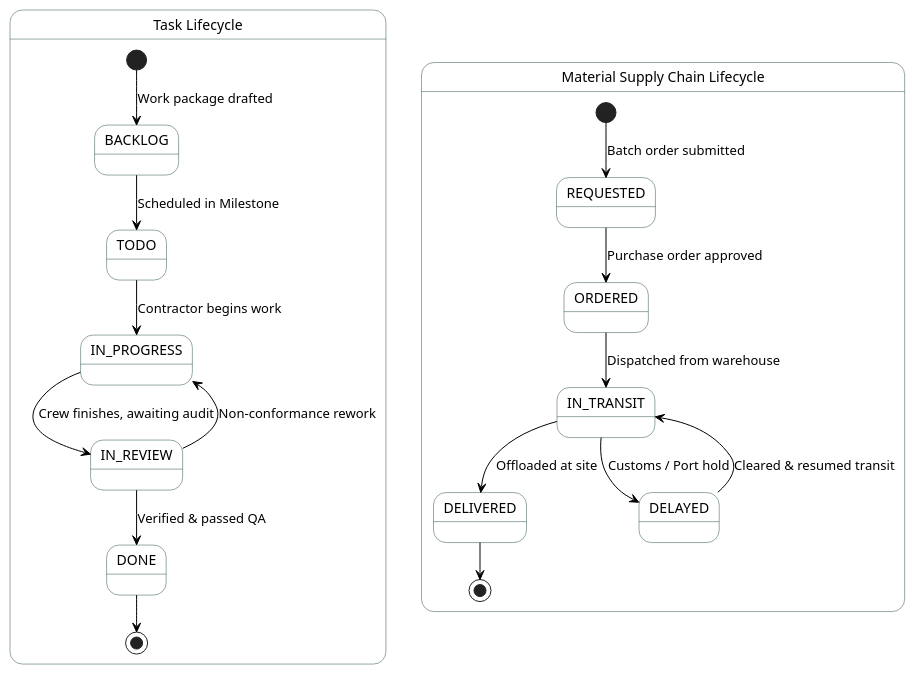
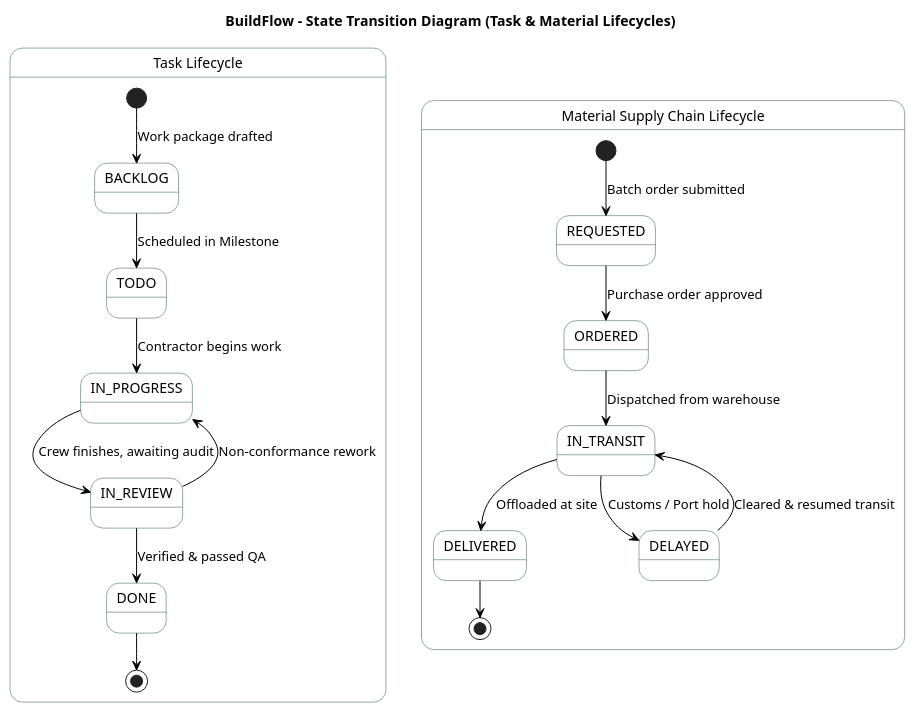
One commit to Shaunakrane914/BuildFlow changed the diagram in docs/uml/state_diagram.puml. Above: the diagram before and after it, drawn with PlantUML. The commit also changed 8 other files, not shown here.

Commit message:
style(uml): add explicit title headings to all 9 PlantUML diagram files

```diff
--- a/docs/uml/state_diagram.puml
+++ b/docs/uml/state_diagram.puml
@@ -1,28 +1,29 @@
 @startuml BuildFlow_State_Diagram
+title BuildFlow - State Transition Diagram (Task & Material Lifecycles)
 skinparam state {
   BackgroundColor White
   BorderColor DarkSlateGray
   ArrowColor Black
 }
 
 state "Task Lifecycle" as TaskLifecycle {
   [*] --> BACKLOG : Work package drafted
   BACKLOG --> TODO : Scheduled in Milestone
   TODO --> IN_PROGRESS : Contractor begins work
   IN_PROGRESS --> IN_REVIEW : Crew finishes, awaiting audit
   IN_REVIEW --> DONE : Verified & passed QA
   IN_REVIEW --> IN_PROGRESS : Non-conformance rework
   DONE --> [*]
 }
 
 state "Material Supply Chain Lifecycle" as MaterialLifecycle {
   [*] --> REQUESTED : Batch order submitted
   REQUESTED --> ORDERED : Purchase order approved
   ORDERED --> IN_TRANSIT : Dispatched from warehouse
   IN_TRANSIT --> DELIVERED : Offloaded at site
   IN_TRANSIT --> DELAYED : Customs / Port hold
   DELAYED --> IN_TRANSIT : Cleared & resumed transit
   DELIVERED --> [*]
 }
 
 @enduml
```
